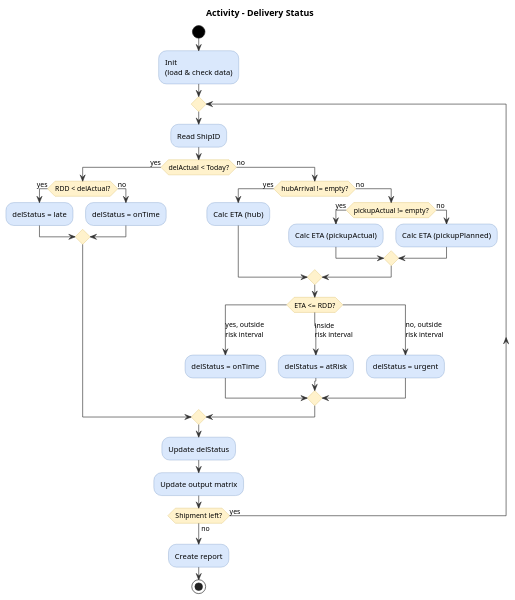
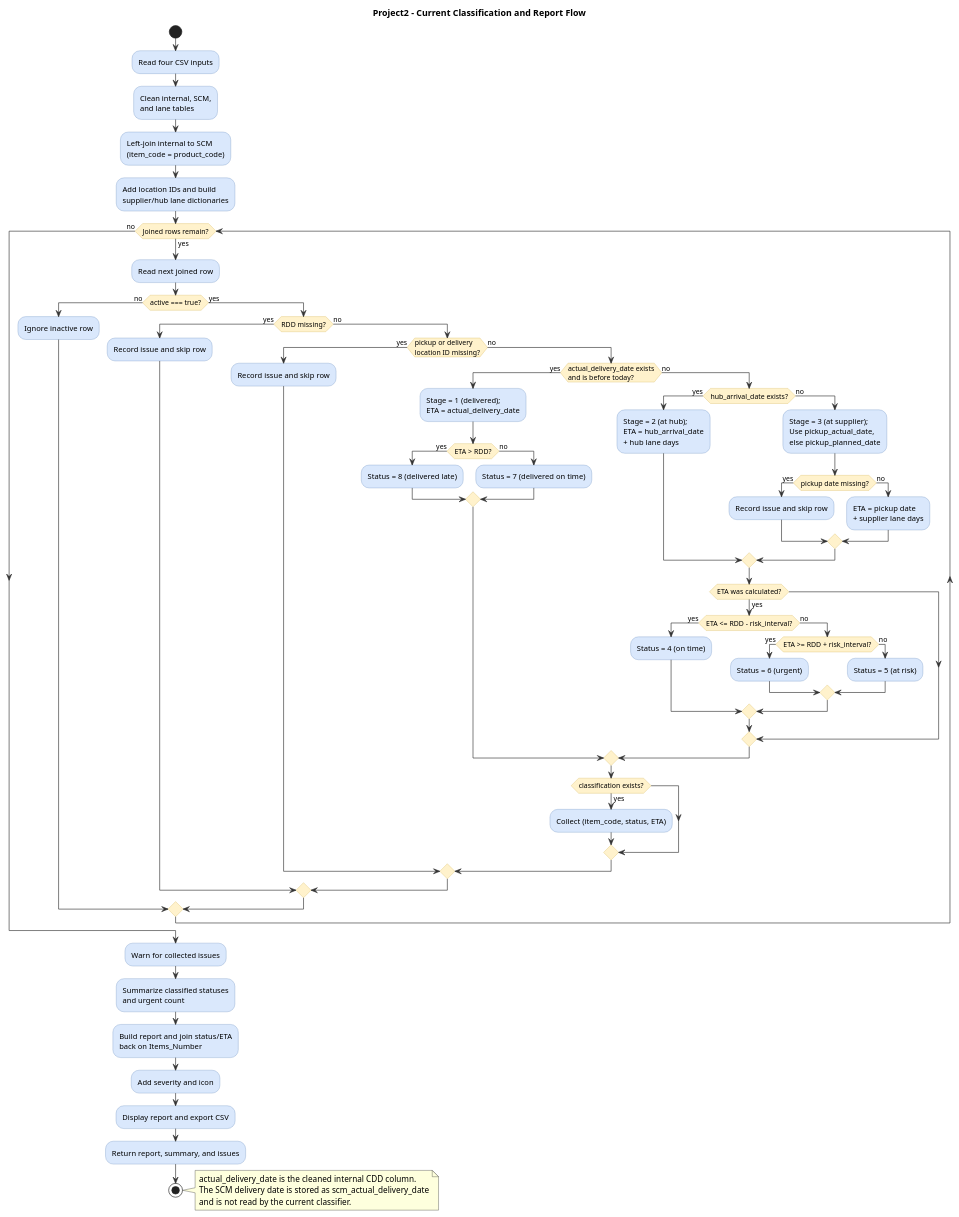
Before and after one commit to KLU-BADS/project-2-scientific-programming-2026: the second of 3 diagrams in docs/src/design.md, drawn with PlantUML. The commit also changed other lines of this file, not shown here.

Commit message:
update UML according to the implementation

````diff
--- a/docs/src/design.md
+++ b/docs/src/design.md
@@ -136,58 +100,82 @@
 ```plantuml
 @startuml
-title Activity - Delivery Status
+title Project2 - Current Classification and Report Flow
 
 skinparam shadowing false
 skinparam defaultFontName SansSerif
 skinparam ActivityBackgroundColor #dae8fc
 skinparam ActivityBorderColor #6c8ebf
 skinparam ActivityDiamondBackgroundColor #fff2cc
 skinparam ActivityDiamondBorderColor #d6b656
 skinparam ArrowColor #333333
-skinparam ActivityStartColor #000000
-skinparam ActivityEndColor #000000
 
 start
+:Read four CSV inputs;
+:Clean internal, SCM,\nand lane tables;
+:Left-join internal to SCM\n(item_code = product_code);
+:Add location IDs and build\nsupplier/hub lane dictionaries;
 
-:Init
-(load & check data);
-
-repeat
-  :Read ShipID;
-
-  if (delActual < Today?) then (yes)
-    if (RDD < delActual?) then (yes)
-      :delStatus = late;
+while (Joined rows remain?) is (yes)
+  :Read next joined row;
+  if (active === true?) then (no)
+    :Ignore inactive row;
+  else (yes)
+    if (RDD missing?) then (yes)
+      :Record issue and skip row;
     else (no)
-      :delStatus = onTime;
-    endif
-  else (no)
-    if (hubArrival != empty?) then (yes)
-      :Calc ETA (hub);
-    else (no)
-      if (pickupActual != empty?) then (yes)
-        :Calc ETA (pickupActual);
+      if (pickup or delivery\nlocation ID missing?) then (yes)
+        :Record issue and skip row;
       else (no)
-        :Calc ETA (pickupPlanned);
+        if (actual_delivery_date exists\nand is before today?) then (yes)
+          :Stage = 1 (delivered);\nETA = actual_delivery_date;
+          if (ETA > RDD?) then (yes)
+            :Status = 8 (delivered late);
+          else (no)
+            :Status = 7 (delivered on time);
+          endif
+        else (no)
+          if (hub_arrival_date exists?) then (yes)
+            :Stage = 2 (at hub);\nETA = hub_arrival_date\n+ hub lane days;
+          else (no)
+            :Stage = 3 (at supplier);\nUse pickup_actual_date,\nelse pickup_planned_date;
+            if (pickup date missing?) then (yes)
+              :Record issue and skip row;
+            else (no)
+              :ETA = pickup date\n+ supplier lane days;
+            endif
+          endif
+          if (ETA was calculated?) then (yes)
+            if (ETA <= RDD - risk_interval?) then (yes)
+              :Status = 4 (on time);
+            else (no)
+              if (ETA >= RDD + risk_interval?) then (yes)
+                :Status = 6 (urgent);
+              else (no)
+                :Status = 5 (at risk);
+              endif
+            endif
+          endif
+        endif
+        if (classification exists?) then (yes)
+          :Collect (item_code, status, ETA);
+        endif
       endif
     endif
+  endif
+endwhile (no)
 
-    switch (ETA <= RDD?)
-    case (yes, outside\nrisk interval)
-      :delStatus = onTime;
-    case (inside\nrisk interval)
-      :delStatus = atRisk;
-    case (no, outside\nrisk interval)
-      :delStatus = urgent;
-    endswitch
-  endif
+:Warn for collected issues;
+:Summarize classified statuses\nand urgent count;
+:Build report and join status/ETA\nback on Items_Number;
+:Add severity and icon;
+:Display report and export CSV;
+:Return report, summary, and issues;
+stop
 
-  :Update delStatus;
-  :Update output matrix;
-repeat while (Shipment left?) is (yes) not (no)
-
-:Create report;
-
-stop
+note right
+  actual_delivery_date is the cleaned internal CDD column.
+  The SCM delivery date is stored as scm_actual_delivery_date
+  and is not read by the current classifier.
+end note
 @enduml
 ```
````
